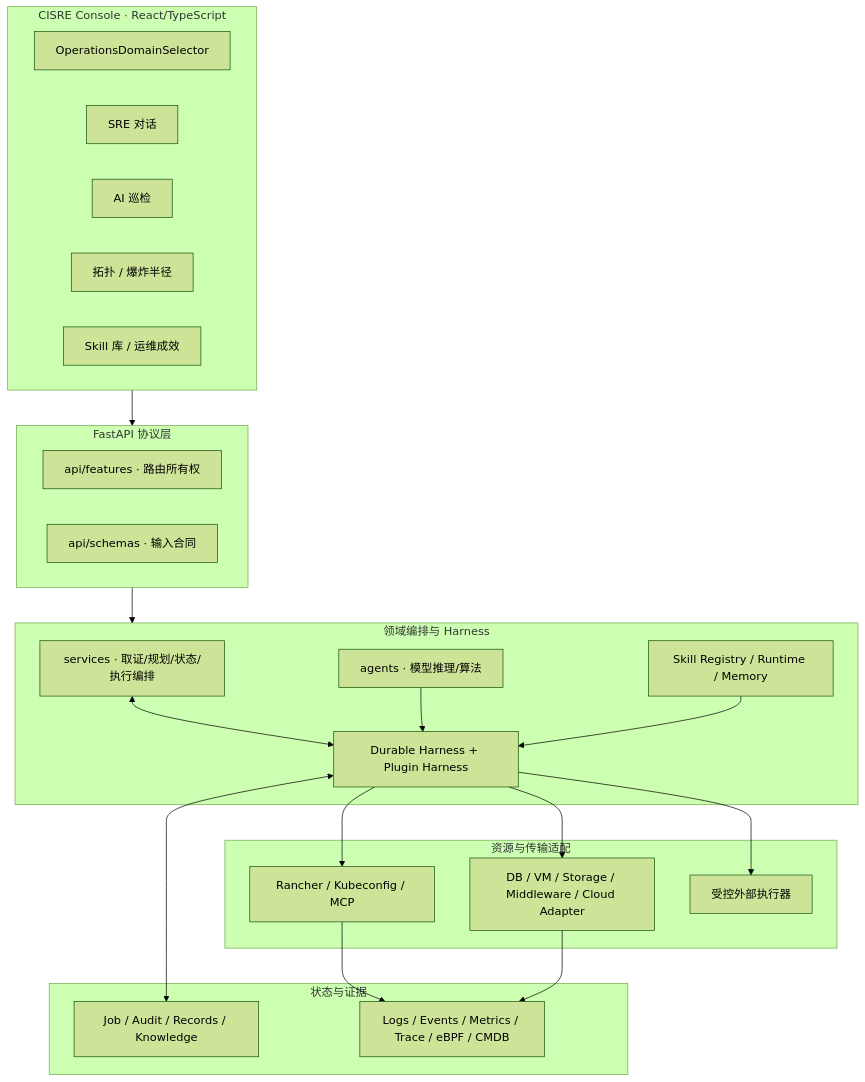
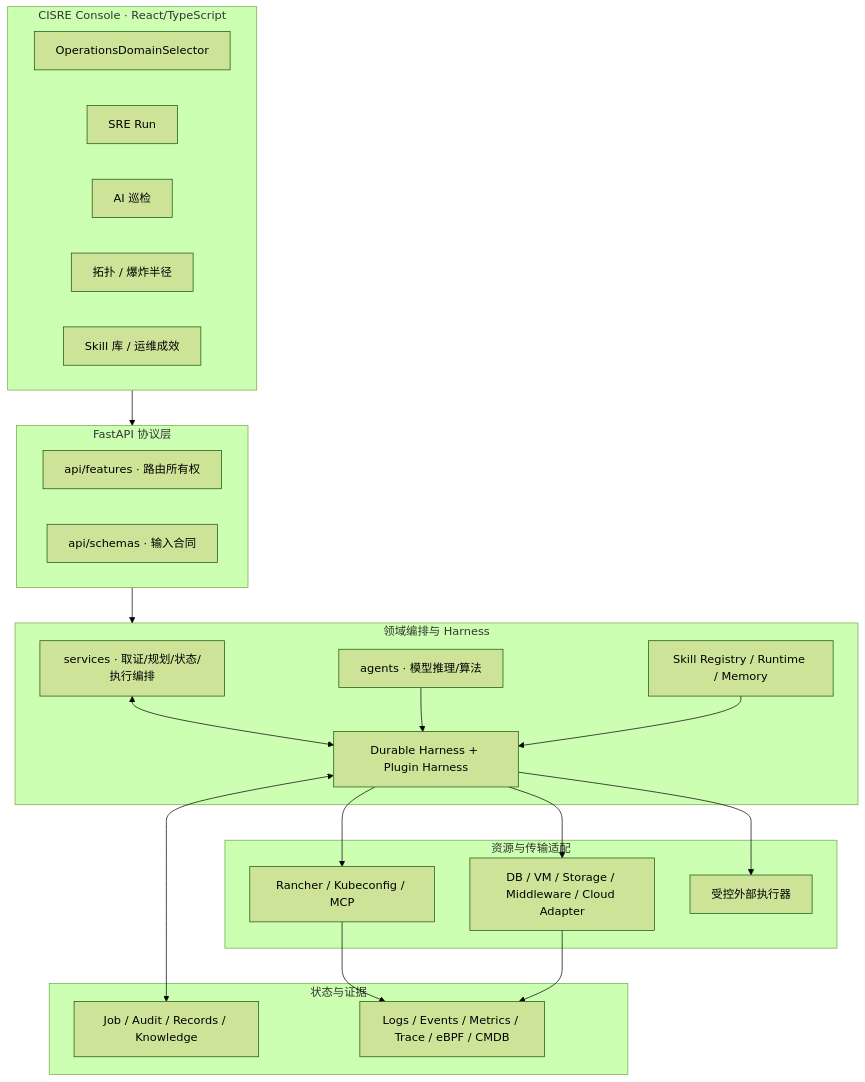
The second of 2 diagrams in docs/TEAM_ARCHITECTURE_AND_EXTENSION_GUIDE_ZH.md (William-Lu-stack/Flawless), drawn with Mermaid (forest theme) before and after one commit. The commit also changed other lines of this file and 44 other files, not shown here.

````diff
--- a/docs/TEAM_ARCHITECTURE_AND_EXTENSION_GUIDE_ZH.md
+++ b/docs/TEAM_ARCHITECTURE_AND_EXTENSION_GUIDE_ZH.md
@@ -50,44 +55,44 @@
 ```mermaid
 flowchart TB
   subgraph WEB["CISRE Console · React/TypeScript"]
     SELECTOR["OperationsDomainSelector"]
-    CHAT["SRE 对话"]
+    CHAT["SRE Run"]
     INSPECT["AI 巡检"]
     TOPO["拓扑 / 爆炸半径"]
     LIB["Skill 库 / 运维成效"]
   end
 
   subgraph API["FastAPI 协议层"]
     FEATURES["api/features · 路由所有权"]
     SCHEMAS["api/schemas · 输入合同"]
   end
 
   subgraph CORE["领域编排与 Harness"]
     SERVICES["services · 取证/规划/状态/执行编排"]
     HARNESS["Durable Harness + Plugin Harness"]
     AGENTS["agents · 模型推理/算法"]
     SKILLS["Skill Registry / Runtime / Memory"]
   end
 
   subgraph ADAPTERS["资源与传输适配"]
     KTRANSPORT["Rancher / Kubeconfig / MCP"]
     IADAPTER["DB / VM / Storage / Middleware / Cloud Adapter"]
     EXECUTOR["受控外部执行器"]
   end
 
   subgraph DATA["状态与证据"]
     STORE["Job / Audit / Records / Knowledge"]
     OBS["Logs / Events / Metrics / Trace / eBPF / CMDB"]
   end
 
   WEB --> API --> CORE
   SERVICES <--> HARNESS
   AGENTS --> HARNESS
   SKILLS --> HARNESS
   HARNESS --> KTRANSPORT
   HARNESS --> IADAPTER
   HARNESS --> EXECUTOR
   KTRANSPORT --> OBS
   IADAPTER --> OBS
   HARNESS <--> STORE
 ```
````
